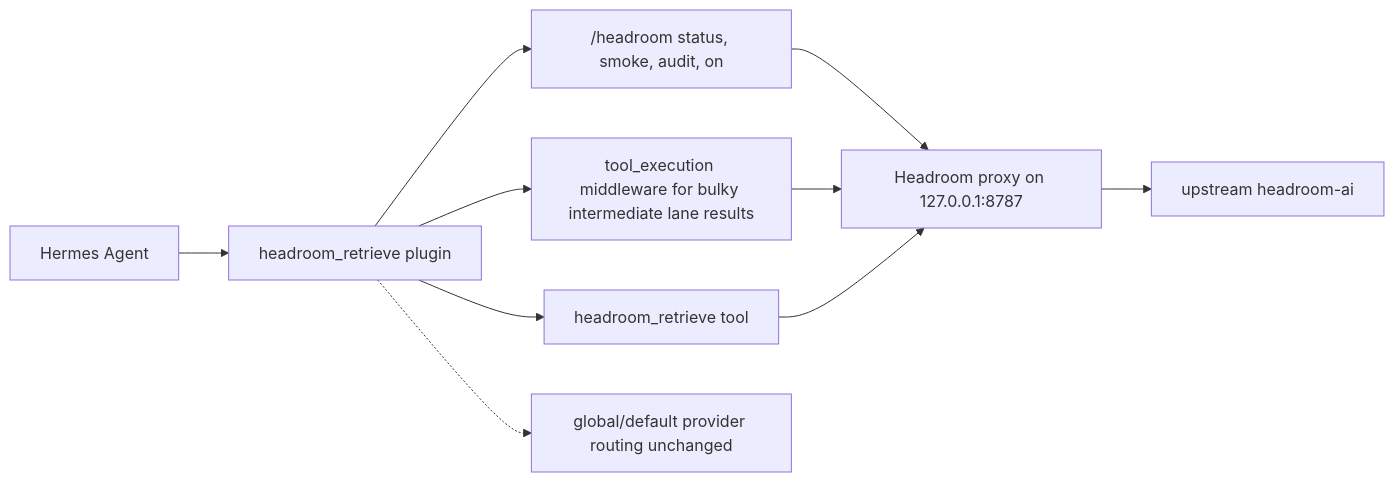
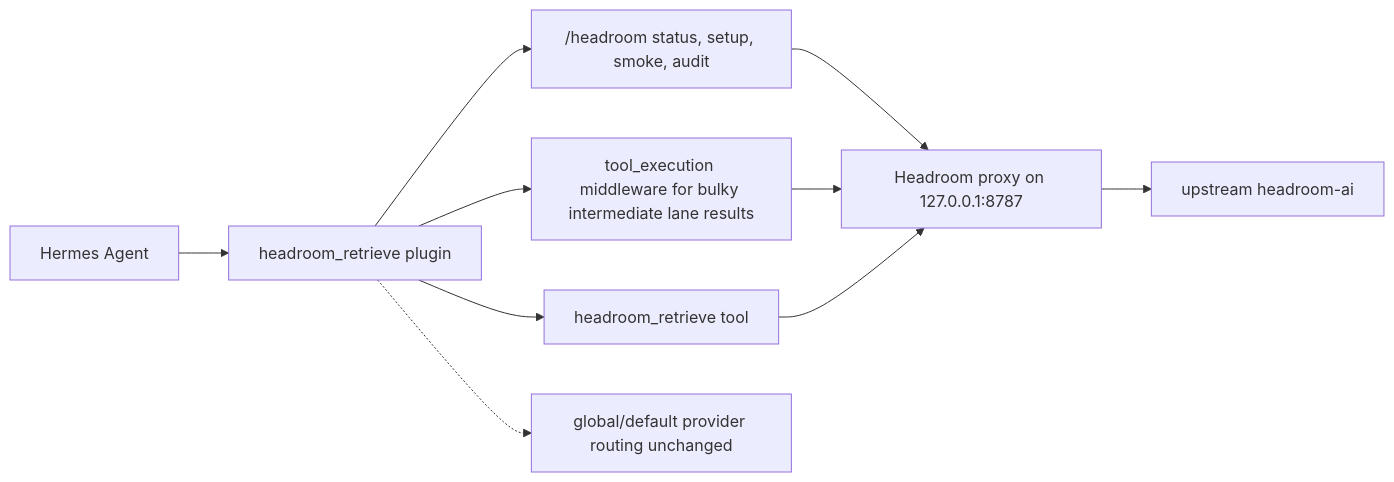
Before and after one commit to arotonal-ai/hermes-headroom-plugin: the diagram in README.md, drawn with Mermaid. The commit also changed other lines of this file and 17 other files, not shown here.

Commit message:
improve Headroom runtime setup UX

````diff
--- a/README.md
+++ b/README.md
@@ -375,12 +386,12 @@
 ```mermaid
 flowchart LR
   H["Hermes Agent"] --> P["headroom_retrieve plugin"]
-  P --> C["/headroom status, smoke, audit, on"]
+  P --> C["/headroom status, setup, smoke, audit"]
   P --> T["headroom_retrieve tool"]
   P --> M["tool_execution middleware for bulky intermediate lane results"]
   C --> X["Headroom proxy on 127.0.0.1:8787"]
   M --> X
   T --> X
   X --> U["upstream headroom-ai"]
   P -.-> R["global/default provider routing unchanged"]
 ```
````
